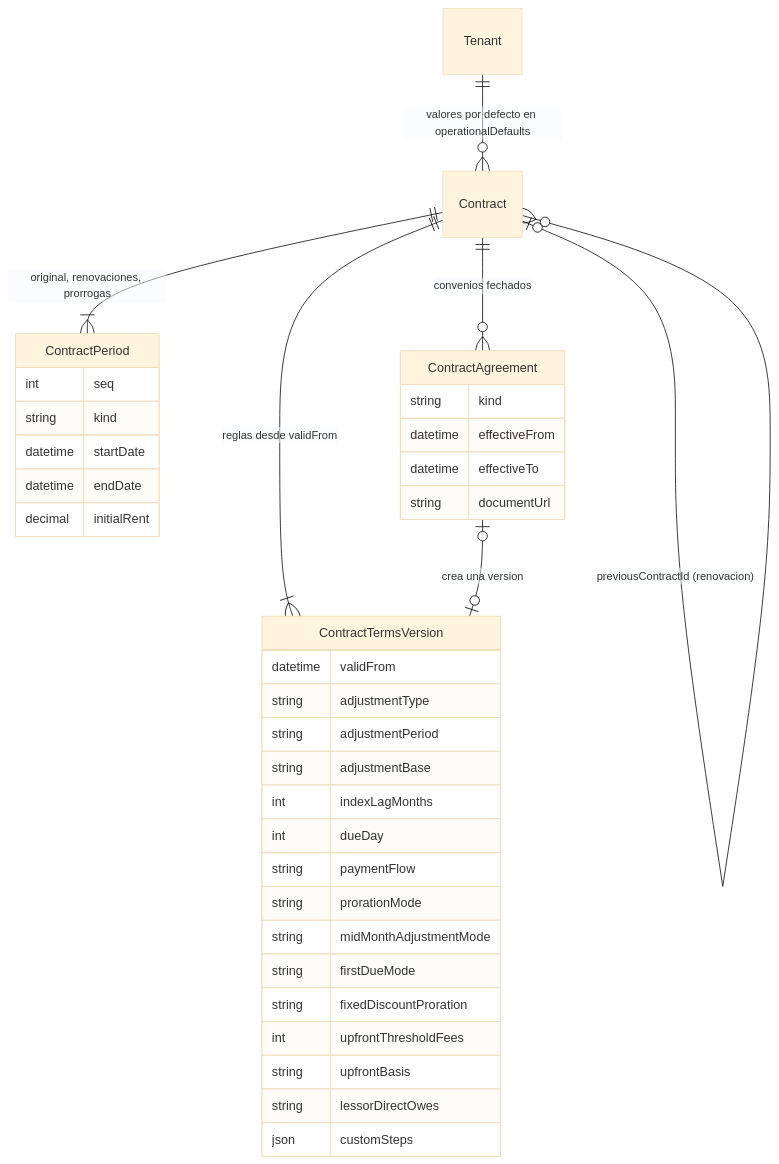
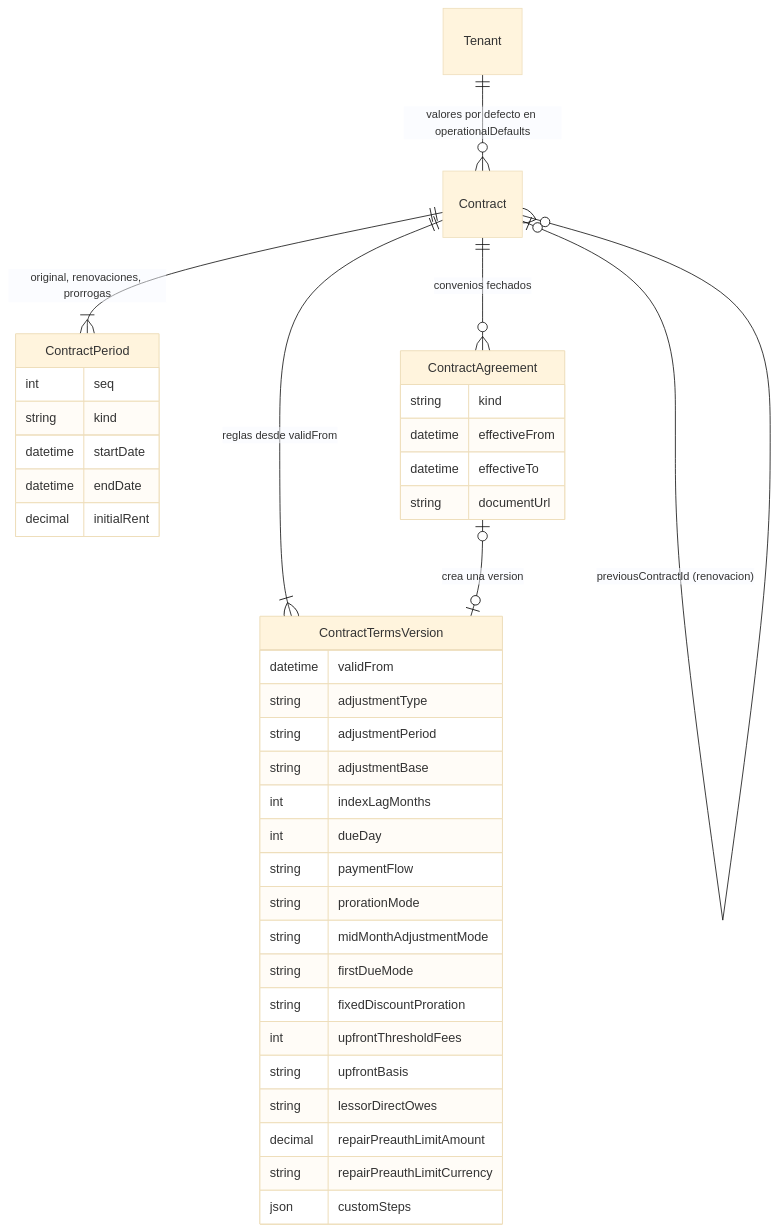
One commit to RomeV16/Proyecto-Final---Realfy changed the second of 7 diagrams in docs/tesis/03-modelo-datos.md. Above: the diagram before and after it, drawn with Mermaid (base theme). The commit also changed other lines of this file and 6 other files, not shown here.

````diff
--- a/docs/tesis/03-modelo-datos.md
+++ b/docs/tesis/03-modelo-datos.md
@@ -226,39 +226,41 @@
 ```mermaid
 erDiagram
     Tenant ||--o{ Contract : "valores por defecto en operationalDefaults"
     Contract ||--|{ ContractPeriod : "original, renovaciones, prorrogas"
     Contract ||--|{ ContractTermsVersion : "reglas desde validFrom"
     Contract ||--o{ ContractAgreement : "convenios fechados"
     ContractAgreement |o--o| ContractTermsVersion : "crea una version"
     Contract |o--o{ Contract : "previousContractId (renovacion)"
     ContractPeriod {
         int seq
         string kind
         datetime startDate
         datetime endDate
         decimal initialRent
     }
     ContractAgreement {
         string kind
         datetime effectiveFrom
         datetime effectiveTo
         string documentUrl
     }
     ContractTermsVersion {
         datetime validFrom
         string adjustmentType
         string adjustmentPeriod
         string adjustmentBase
         int indexLagMonths
         int dueDay
         string paymentFlow
         string prorationMode
         string midMonthAdjustmentMode
         string firstDueMode
         string fixedDiscountProration
         int upfrontThresholdFees
         string upfrontBasis
         string lessorDirectOwes
+        decimal repairPreauthLimitAmount
+        string repairPreauthLimitCurrency
         json customSteps
     }
 ```
````
